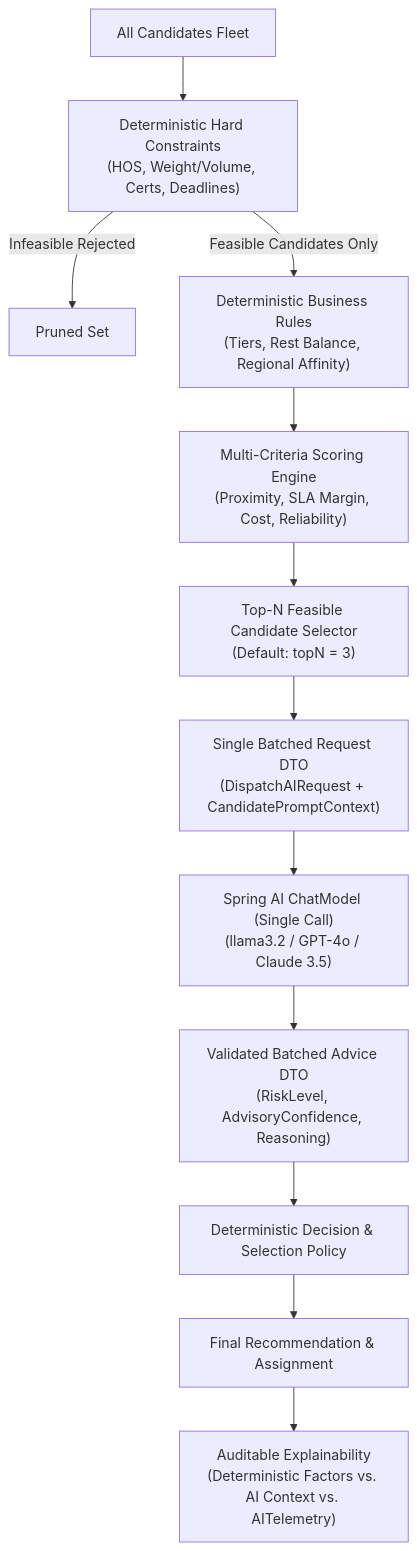
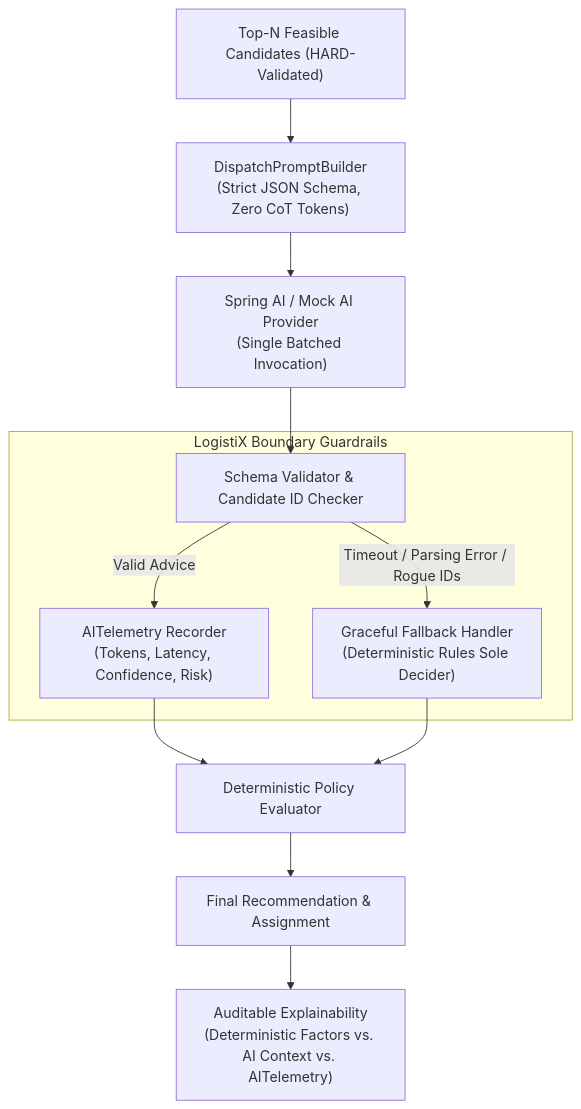
The third of 4 diagrams in architecture/ARCHITECTURE.md (venukommu/LogistiX), drawn with Mermaid before and after one commit. The commit also changed other lines of this file and 12 other files, not shown here.

````diff
--- a/architecture/ARCHITECTURE.md
+++ b/architecture/ARCHITECTURE.md
@@ -179,14 +108,16 @@
 ```mermaid
 flowchart TD
-    AllCandidates["All Candidates Fleet"] --> Constraints["Deterministic Hard Constraints<br/>(HOS, Weight/Volume, Certs, Deadlines)"]
-    Constraints -- Infeasible Rejected --> Pruned["Pruned Set"]
-    Constraints -- Feasible Candidates Only --> Rules["Deterministic Business Rules<br/>(Tiers, Rest Balance, Regional Affinity)"]
-    Rules --> Scoring["Multi-Criteria Scoring Engine<br/>(Proximity, SLA Margin, Cost, Reliability)"]
-    Scoring --> TopN["Top-N Feasible Candidate Selector<br/>(Default: topN = 3)"]
-    TopN --> AIReq["Single Batched Request DTO<br/>(DispatchAIRequest + CandidatePromptContext)"]
-    AIReq --> LLM["Spring AI ChatModel (Single Call)<br/>(llama3.2 / GPT-4o / Claude 3.5)"]
-    LLM --> StructuredDTO["Validated Batched Advice DTO<br/>(RiskLevel, AdvisoryConfidence, Reasoning)"]
-    StructuredDTO --> Policy["Deterministic Decision & Selection Policy"]
+    FeasibleCandidates["Top-N Feasible Candidates (HARD-Validated)"] --> PromptBuilder["DispatchPromptBuilder<br/>(Strict JSON Schema, Zero CoT Tokens)"]
+    PromptBuilder --> LLM["Spring AI / Mock AI Provider<br/>(Single Batched Invocation)"]
+    LLM --> SchemaValidator["Schema Validator & Candidate ID Checker"]
+    
+    subgraph SafetyGuardrail ["LogistiX Boundary Guardrails"]
+        SchemaValidator -- Valid Advice --> Telemetry["AITelemetry Recorder<br/>(Tokens, Latency, Confidence, Risk)"]
+        SchemaValidator -- "Timeout / Parsing Error / Rogue IDs" --> Fallback["Graceful Fallback Handler<br/>(Deterministic Rules Sole Decider)"]
+    end
+    
+    Telemetry --> Policy["Deterministic Policy Evaluator"]
+    Fallback --> Policy
     Policy --> FinalRec["Final Recommendation & Assignment"]
     FinalRec --> Explain["Auditable Explainability<br/>(Deterministic Factors vs. AI Context vs. AITelemetry)"]
 ```
````
